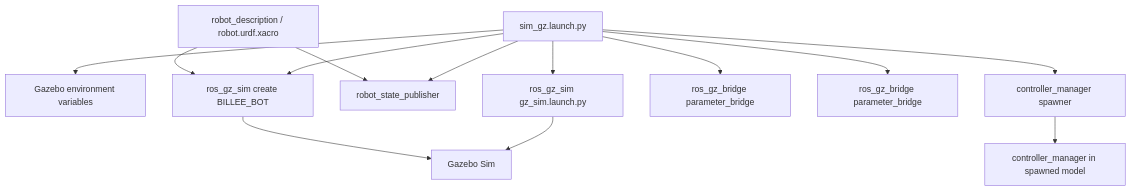
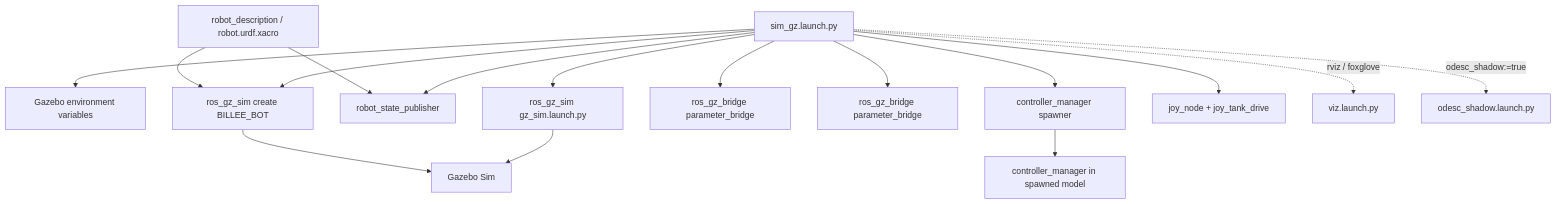
Before and after one commit to BILLEE-BroncoSTAR/billee-software-2027: the first of 2 diagrams in ros2_ws/src/chassis_bringup/README.md, drawn with Mermaid. The commit also changed other lines of this file and 5 other files, not shown here.

````diff
--- a/ros2_ws/src/chassis_bringup/README.md
+++ b/ros2_ws/src/chassis_bringup/README.md
@@ -35,15 +50,18 @@
 ```mermaid
 graph TD
     L[sim_gz.launch.py] --> E[Gazebo environment variables]
     L --> S[ros_gz_sim gz_sim.launch.py]
     L --> R[robot_state_publisher]
     L --> C[ros_gz_sim create BILLEE_BOT]
     L --> B1[ros_gz_bridge parameter_bridge]
     L --> B2[ros_gz_bridge parameter_bridge]
     L --> P[controller_manager spawner]
+    L --> T[joy_node + joy_tank_drive]
+    L -.->|rviz / foxglove| V[viz.launch.py]
+    L -.->|odesc_shadow:=true| O[odesc_shadow.launch.py]
     X[robot_description / robot.urdf.xacro] --> R
     X --> C
     S --> G[Gazebo Sim]
     C --> G
     P --> CM[controller_manager in spawned model]
 ```
````
